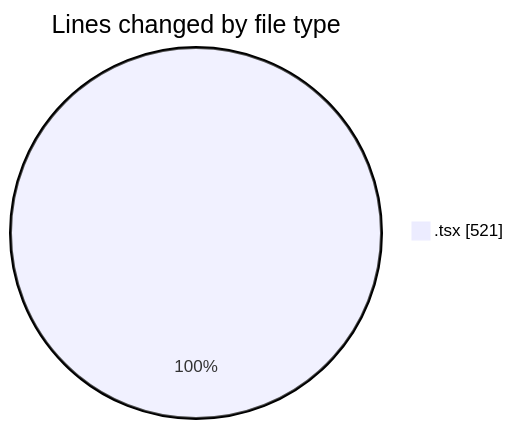
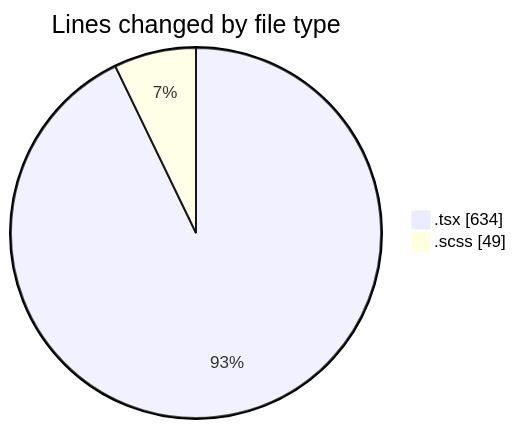
Before and after one commit to momahboobian/code-tracking: the first of 2 diagrams in 2026-09-04/cda/README.md, drawn with Mermaid. The commit also changed other lines of this file and 1 other file, not shown here.

````diff
--- a/2026-09-04/cda/README.md
+++ b/2026-09-04/cda/README.md
@@ -21,5 +24,6 @@
 ```mermaid
 pie showData
 title Lines changed by file type
-".tsx" : 521
+".tsx" : 634
+".scss" : 49
 ```
````
